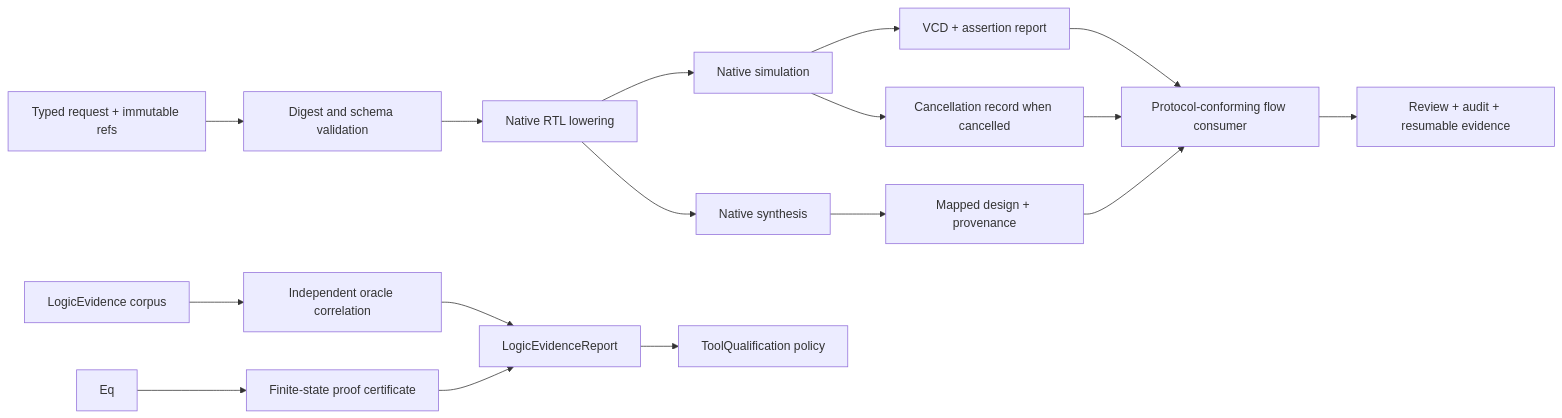
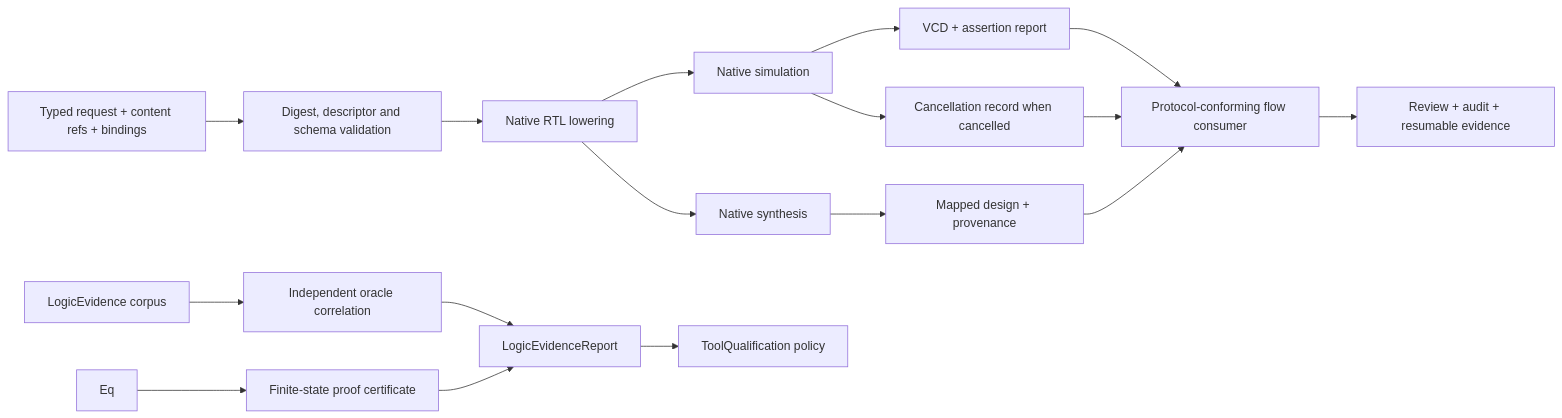
The diagram in README.md (1amageek/LogicEngine), drawn with Mermaid before and after one commit. The commit also changed other lines of this file and 40 other files, not shown here.

````diff
--- a/README.md
+++ b/README.md
@@ -206,19 +213,19 @@
 ```mermaid
 flowchart LR
-    Request["Typed request + immutable refs"] --> Verify["Digest and schema validation"]
+    Request["Typed request + content refs + bindings"] --> Verify["Digest, descriptor and schema validation"]
     Verify --> Lower["Native RTL lowering"]
     Lower --> Sim["Native simulation"]
     Lower --> Syn["Native synthesis"]
     Sim --> SimArtifacts["VCD + assertion report"]
     Sim --> CancelArtifacts["Cancellation record when cancelled"]
     Syn --> SynArtifacts["Mapped design + provenance"]
     SimArtifacts --> Flow["Protocol-conforming flow consumer"]
     CancelArtifacts --> Flow
     SynArtifacts --> Flow
     Flow --> Review["Review + audit + resumable evidence"]
     Corpus["LogicEvidence corpus"] --> Oracle["Independent oracle correlation"]
     Oracle --> Evidence["LogicEvidenceReport"]
     Evidence --> Trust["ToolQualification policy"]
     Eq --> Certificate["Finite-state proof certificate"]
     Certificate --> Evidence
 ```
````
